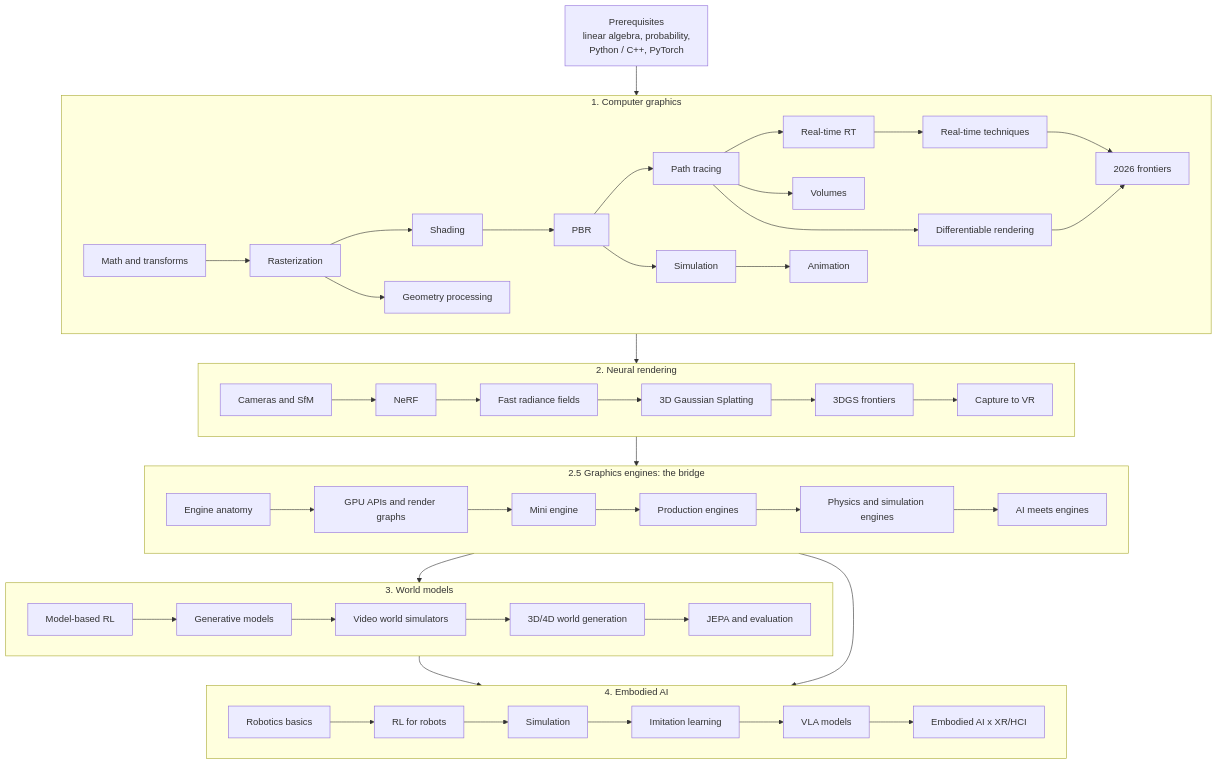
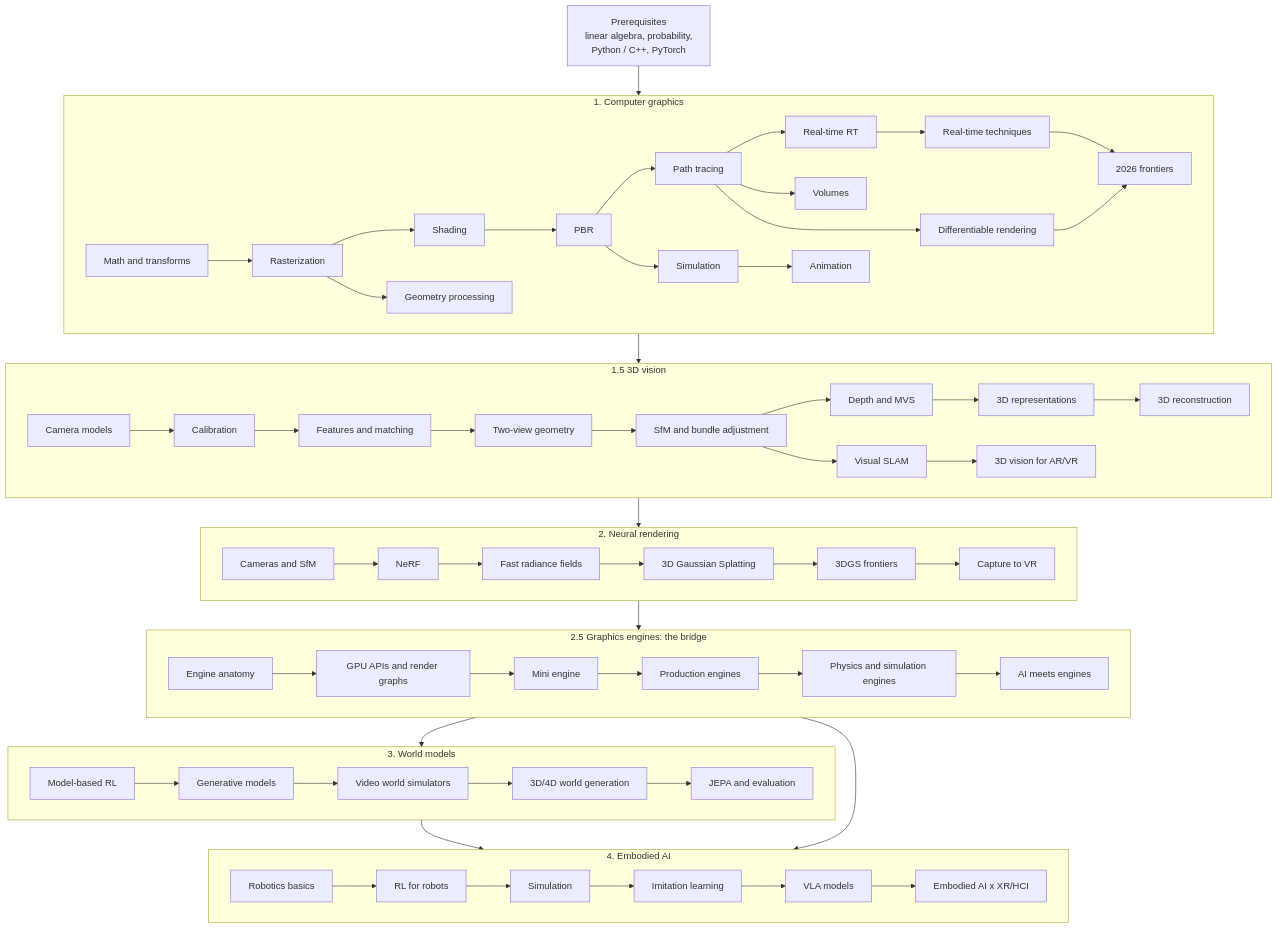
The diagram in _posts/en-us/2026-10-27-roadmap-01-learning-roadmap.md (Amadeusyzh/Takuyy), drawn with Mermaid before and after one commit. The commit also changed other lines of this file and 2 other files, not shown here.

First line of the commit message:
Roadmap: add stage 1.5, 3D vision, between graphics and neural rendering

````diff
--- a/_posts/en-us/2026-10-27-roadmap-01-learning-roadmap.md
+++ b/_posts/en-us/2026-10-27-roadmap-01-learning-roadmap.md
@@ -21,37 +21,44 @@
 ```mermaid
 flowchart TB
   P[Prerequisites<br/>linear algebra, probability,<br/>Python / C++, PyTorch] --> G
   subgraph G[1. Computer graphics]
     direction LR
     G1[Math and transforms] --> G2[Rasterization] --> G3[Shading] --> G4[PBR] --> G5[Path tracing] --> G6[Real-time RT]
     G4 --> G7[Simulation]
     G2 --> G8[Geometry processing]
     G7 --> G9[Animation]
     G5 --> G10[Volumes]
     G5 --> G12[Differentiable rendering]
     G6 --> G11[Real-time techniques]
     G11 --> G13[2026 frontiers]
     G12 --> G13
   end
-  G --> N
+  G --> V
+  subgraph V[1.5 3D vision]
+    direction LR
+    V1[Camera models] --> V2[Calibration] --> V3[Features and matching] --> V4[Two-view geometry] --> V5[SfM and bundle adjustment] --> V6[Visual SLAM]
+    V5 --> V7[Depth and MVS] --> V8[3D representations] --> V9[3D reconstruction]
+    V6 --> V10[3D vision for AR/VR]
+  end
+  V --> N
   subgraph N[2. Neural rendering]
     direction LR
     N1[Cameras and SfM] --> N2[NeRF] --> N3[Fast radiance fields] --> N4[3D Gaussian Splatting] --> N5[3DGS frontiers] --> N6[Capture to VR]
   end
   N --> X
   subgraph X[2.5 Graphics engines: the bridge]
     direction LR
     X1[Engine anatomy] --> X2[GPU APIs and render graphs] --> X3[Mini engine] --> X4[Production engines] --> X5[Physics and simulation engines] --> X6[AI meets engines]
   end
   X --> W
   subgraph W[3. World models]
     direction LR
     W1[Model-based RL] --> W2[Generative models] --> W3[Video world simulators] --> W4[3D/4D world generation] --> W5[JEPA and evaluation]
   end
   W --> E
   X --> E
   subgraph E[4. Embodied AI]
     direction LR
     E1[Robotics basics] --> E2[RL for robots] --> E3[Simulation] --> E4[Imitation learning] --> E5[VLA models] --> E6[Embodied AI x XR/HCI]
   end
 ```
````
